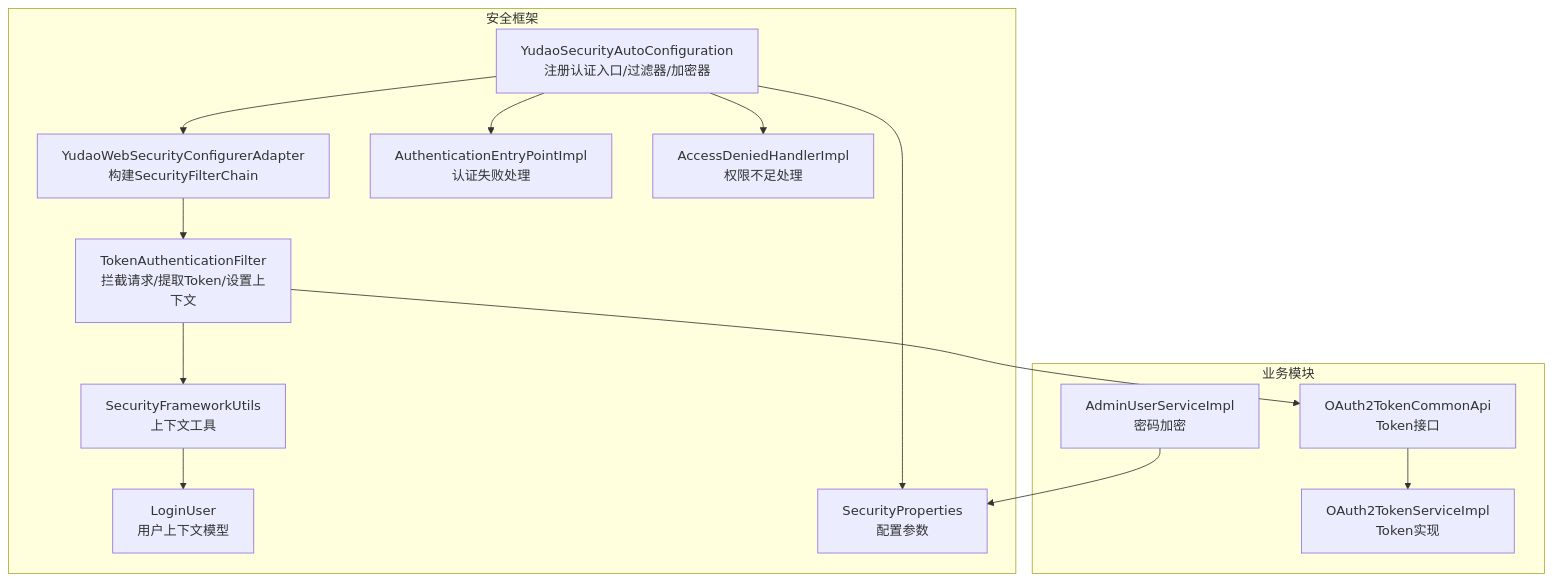
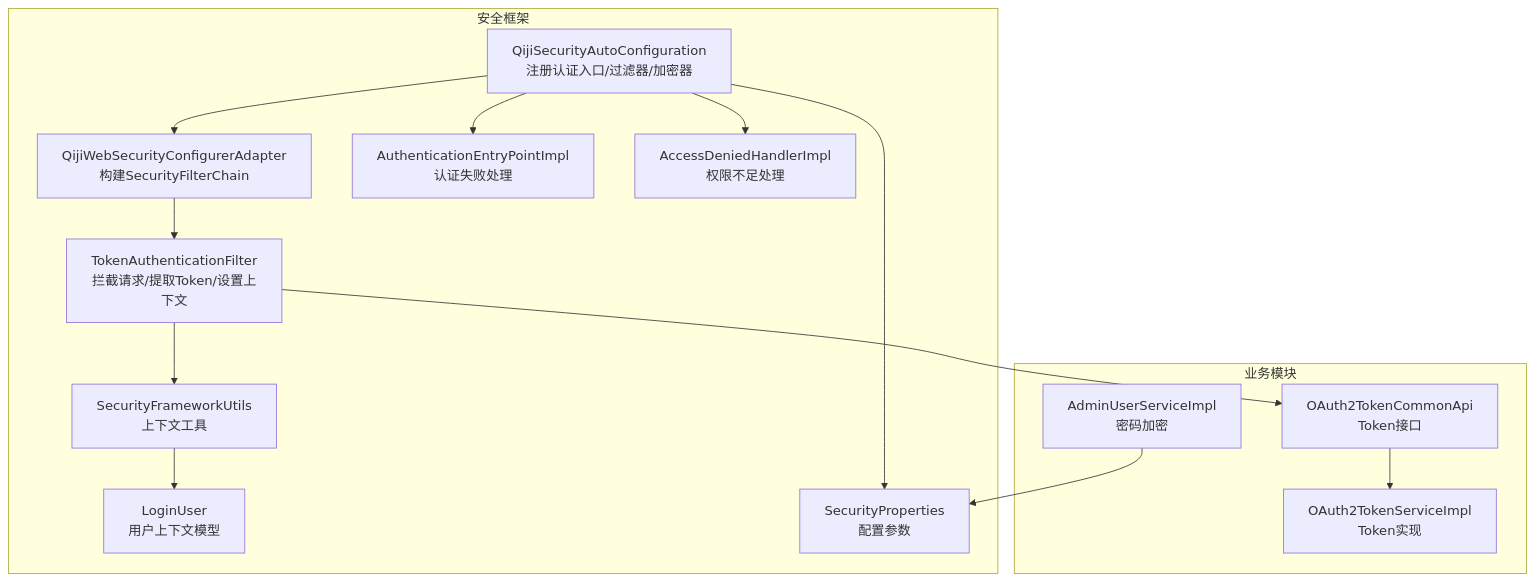
The first of 7 diagrams in backend/.qoder/repowiki/zh/content/安全与权限/认证机制.md (zhuangpengLI/AgenticCPS), drawn with Mermaid before and after one commit. The commit also changed other lines of this file and 3489 other files, not shown here.

````diff
--- a/backend/.qoder/repowiki/zh/content/安全与权限/认证机制.md
+++ b/backend/.qoder/repowiki/zh/content/安全与权限/认证机制.md
@@ -51,28 +51,28 @@
 ```mermaid
 graph TB
 subgraph "安全框架"
-A["YudaoSecurityAutoConfiguration<br/>注册认证入口/过滤器/加密器"]
-B["YudaoWebSecurityConfigurerAdapter<br/>构建SecurityFilterChain"]
+A["QijiSecurityAutoConfiguration<br/>注册认证入口/过滤器/加密器"]
+B["QijiWebSecurityConfigurerAdapter<br/>构建SecurityFilterChain"]
 C["TokenAuthenticationFilter<br/>拦截请求/提取Token/设置上下文"]
 D["AuthenticationEntryPointImpl<br/>认证失败处理"]
 E["AccessDeniedHandlerImpl<br/>权限不足处理"]
 F["SecurityFrameworkUtils<br/>上下文工具"]
 G["LoginUser<br/>用户上下文模型"]
 H["SecurityProperties<br/>配置参数"]
 end
 subgraph "业务模块"
 I["OAuth2TokenCommonApi<br/>Token接口"]
 J["OAuth2TokenServiceImpl<br/>Token实现"]
 K["AdminUserServiceImpl<br/>密码加密"]
 end
 A --> B
 B --> C
 C --> F
 C --> I
 I --> J
 A --> D
 A --> E
 A --> H
 F --> G
 K --> H
 ```
````
